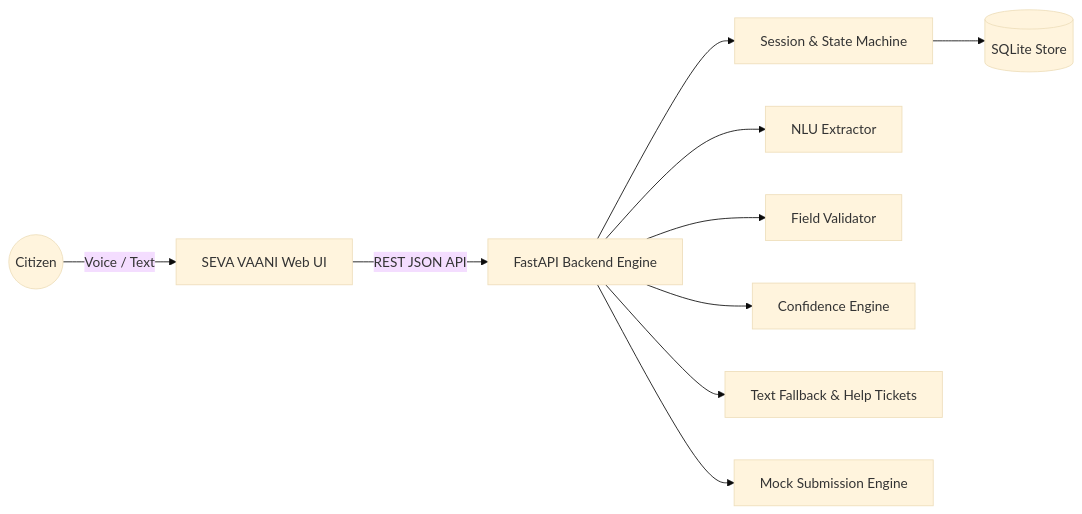
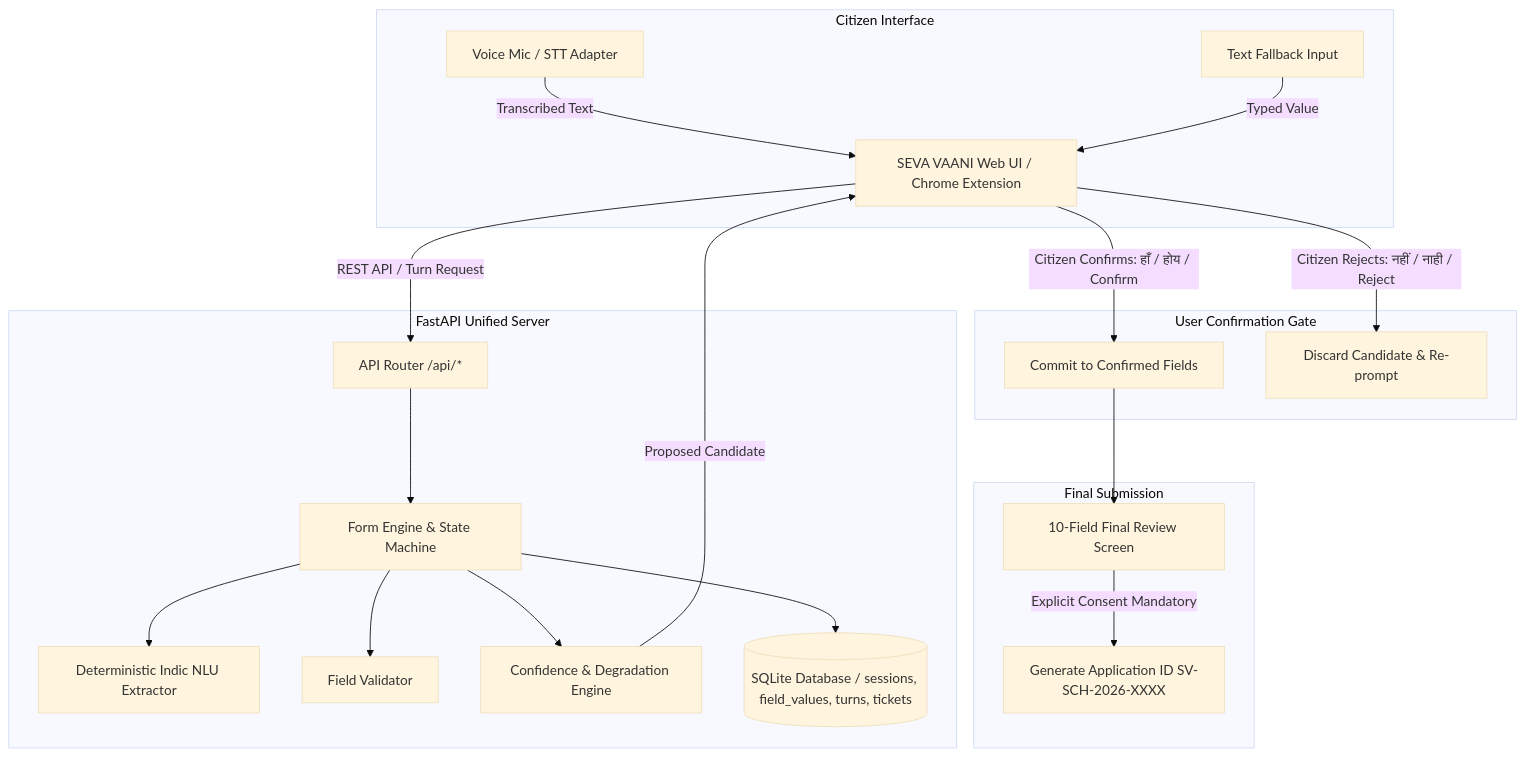
The diagram in README.md (Vivek-2004V/SevaVaani), drawn with Mermaid (base theme) before and after one commit. The commit also changed other lines of this file and 118 other files, not shown here.

First line of the commit message:
feat: auth-first flow, responsive UI, backend tests, secure gitignore

````diff
--- a/README.md
+++ b/README.md
@@ -23,12 +27,27 @@
 ```mermaid
-graph LR
-    Citizen((Citizen)) -->|Voice / Text| WebUI[SEVA VAANI Web UI]
-    WebUI -->|REST JSON API| FastAPI[FastAPI Backend Engine]
-    FastAPI --> SessionMgr[Session & State Machine]
-    FastAPI --> Extractor[NLU Extractor]
-    FastAPI --> Validator[Field Validator]
-    FastAPI --> Confidence[Confidence Engine]
-    SessionMgr --> SQLite[(SQLite Store)]
-    FastAPI --> Fallback[Text Fallback & Help Tickets]
-    FastAPI --> Application[Mock Submission Engine]
+graph TD
+    subgraph Citizen Interface
+        A1[Voice Mic / STT Adapter] -->|Transcribed Text| UI[SEVA VAANI Web UI / Chrome Extension]
+        A2[Text Fallback Input] -->|Typed Value| UI
+    end
+
+    subgraph Backend Core Engine [FastAPI Unified Server]
+        UI -->|REST API / Turn Request| Router[API Router /api/*]
+        Router --> Engine[Form Engine & State Machine]
+        Engine --> Extractor[Deterministic Indic NLU Extractor]
+        Engine --> Validator[Field Validator]
+        Engine --> Confidence[Confidence & Degradation Engine]
+        Engine --> DB[(SQLite Database / sessions, field_values, turns, tickets)]
+    end
+
+    subgraph User Confirmation Gate
+        Confidence -->|Proposed Candidate| UI
+        UI -->|Citizen Confirms: हाँ / होय / Confirm| Commit[Commit to Confirmed Fields]
+        UI -->|Citizen Rejects: नहीं / नाही / Reject| Discard[Discard Candidate & Re-prompt]
+    end
+
+    subgraph Final Submission
+        Commit --> Review[10-Field Final Review Screen]
+        Review -->|Explicit Consent Mandatory| Submission[Generate Application ID SV-SCH-2026-XXXX]
+    end
 ```
````
